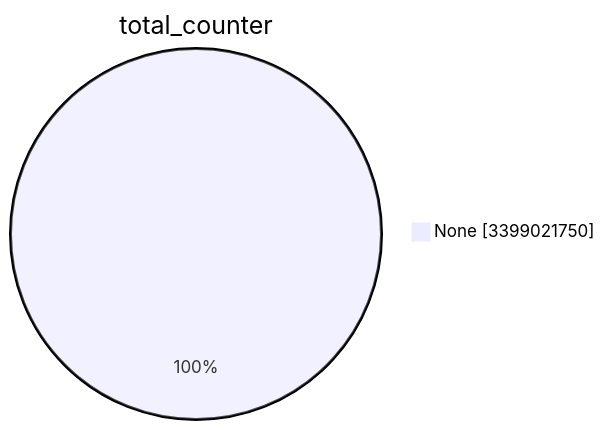
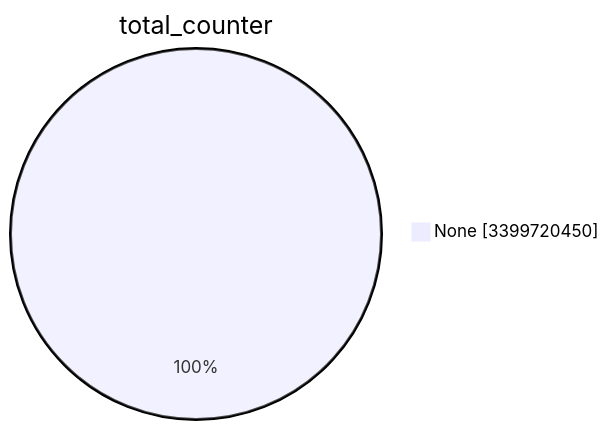
One commit to christiankrug/ctmonitor_visualization changed the first of 15 diagrams in TOTAL/README.md. Above: the diagram before and after it, drawn with Mermaid. The commit also changed other lines of this file, not shown here.

````diff
--- a/TOTAL/README.md
+++ b/TOTAL/README.md
@@ -1,5 +1,5 @@
 ```mermaid
 pie showData
 title total_counter
-"None" :3399021750
+"None" :3399720450
 ```
````
